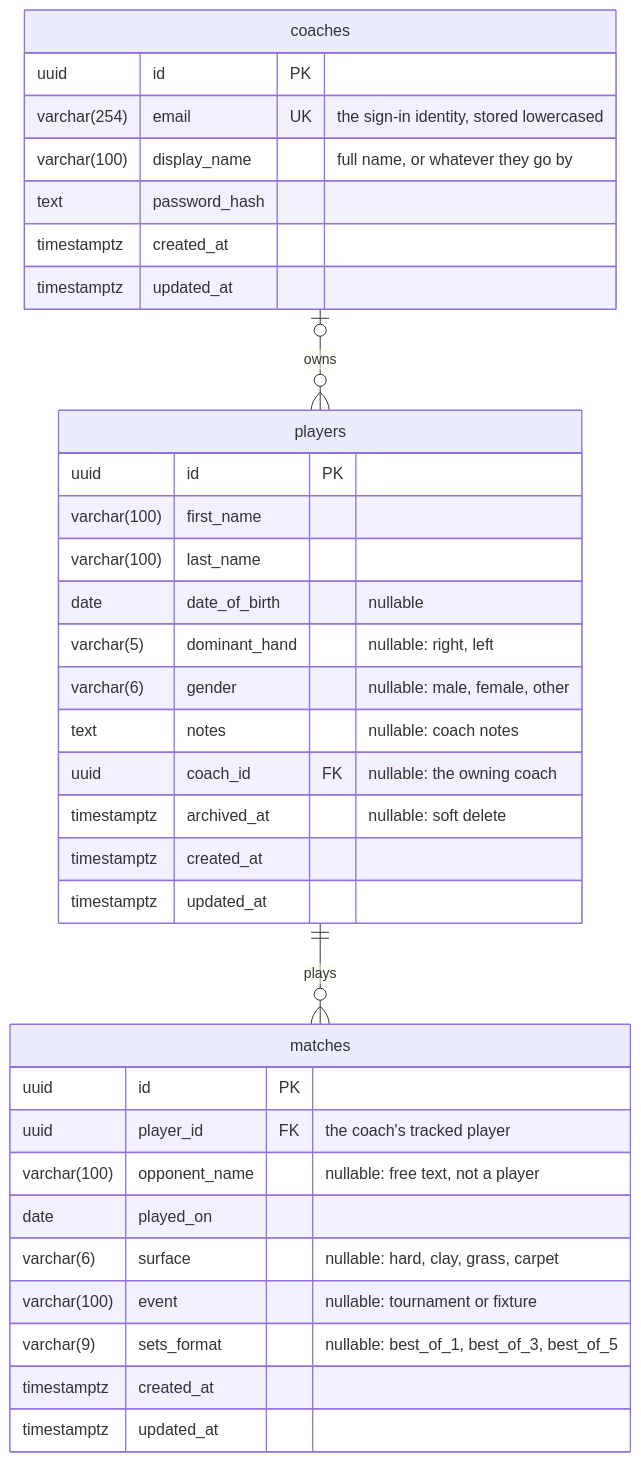
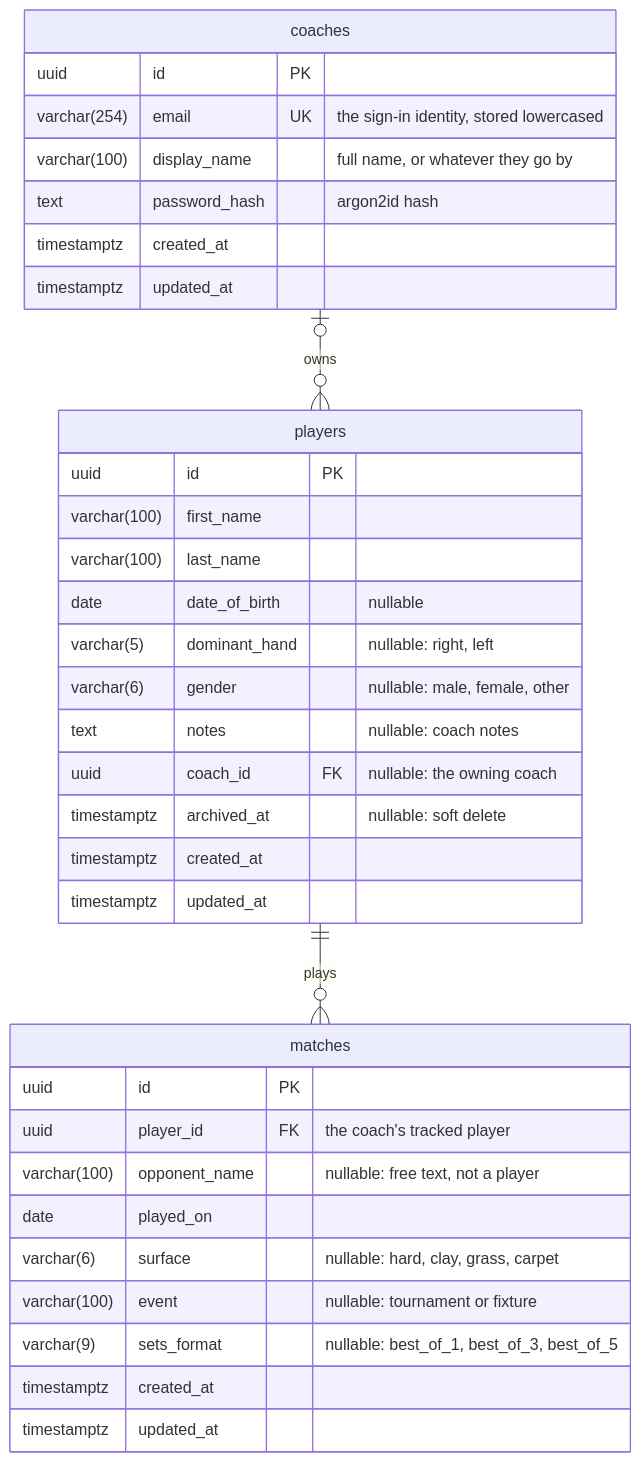
The diagram in docs/data-model.md (tkabalin/matchpoint), drawn with Mermaid before and after one commit. The commit also changed 2 other files, not shown here.

Commit message:
docs: record the password hashing choice
Splits the TBD Auth row in the tech stack into Password hashing, now settled, and
Sessions, which is not — so the follow-up work does not look finished. The
rationale gives the mechanism behind the non-default Argon2 parameters rather
than the measured timings, which go stale on any change of hardware.

Also adds the rule the sign-up route introduced: a unique-constraint conflict is
a 409 caught from the IntegrityError, which is where it departs from the
pre-checked 404 on a foreign key, and why.

Closes #22

````diff
--- a/docs/data-model.md
+++ b/docs/data-model.md
@@ -12,40 +12,40 @@
 ```mermaid
 erDiagram
     coaches |o--o{ players : owns
     players ||--o{ matches : plays
 
     coaches {
         uuid id PK
         varchar(254) email UK "the sign-in identity, stored lowercased"
         varchar(100) display_name "full name, or whatever they go by"
-        text password_hash
+        text password_hash "argon2id hash"
         timestamptz created_at
         timestamptz updated_at
     }
 
     players {
         uuid id PK
         varchar(100) first_name
         varchar(100) last_name
         date date_of_birth "nullable"
         varchar(5) dominant_hand "nullable: right, left"
         varchar(6) gender "nullable: male, female, other"
         text notes "nullable: coach notes"
         uuid coach_id FK "nullable: the owning coach"
         timestamptz archived_at "nullable: soft delete"
         timestamptz created_at
         timestamptz updated_at
     }
 
     matches {
         uuid id PK
         uuid player_id FK "the coach's tracked player"
         varchar(100) opponent_name "nullable: free text, not a player"
         date played_on
         varchar(6) surface "nullable: hard, clay, grass, carpet"
         varchar(100) event "nullable: tournament or fixture"
         varchar(9) sets_format "nullable: best_of_1, best_of_3, best_of_5"
         timestamptz created_at
         timestamptz updated_at
     }
 ```
````
